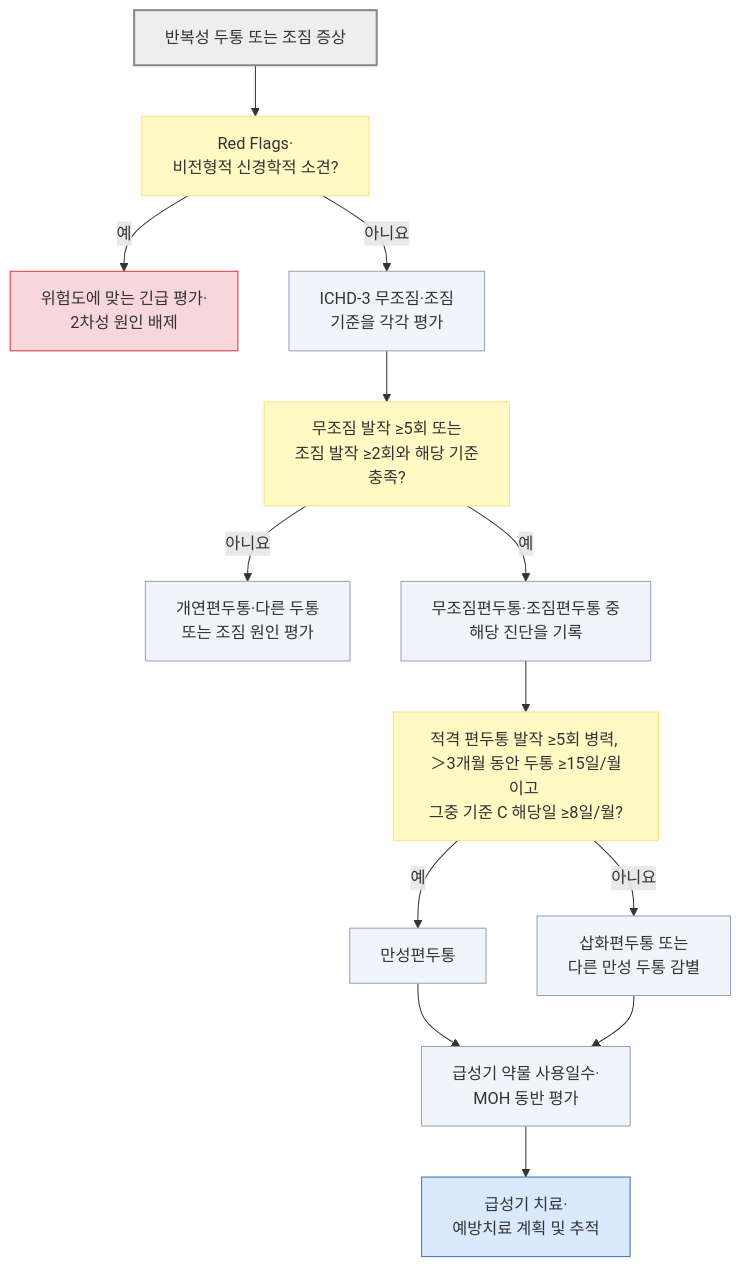
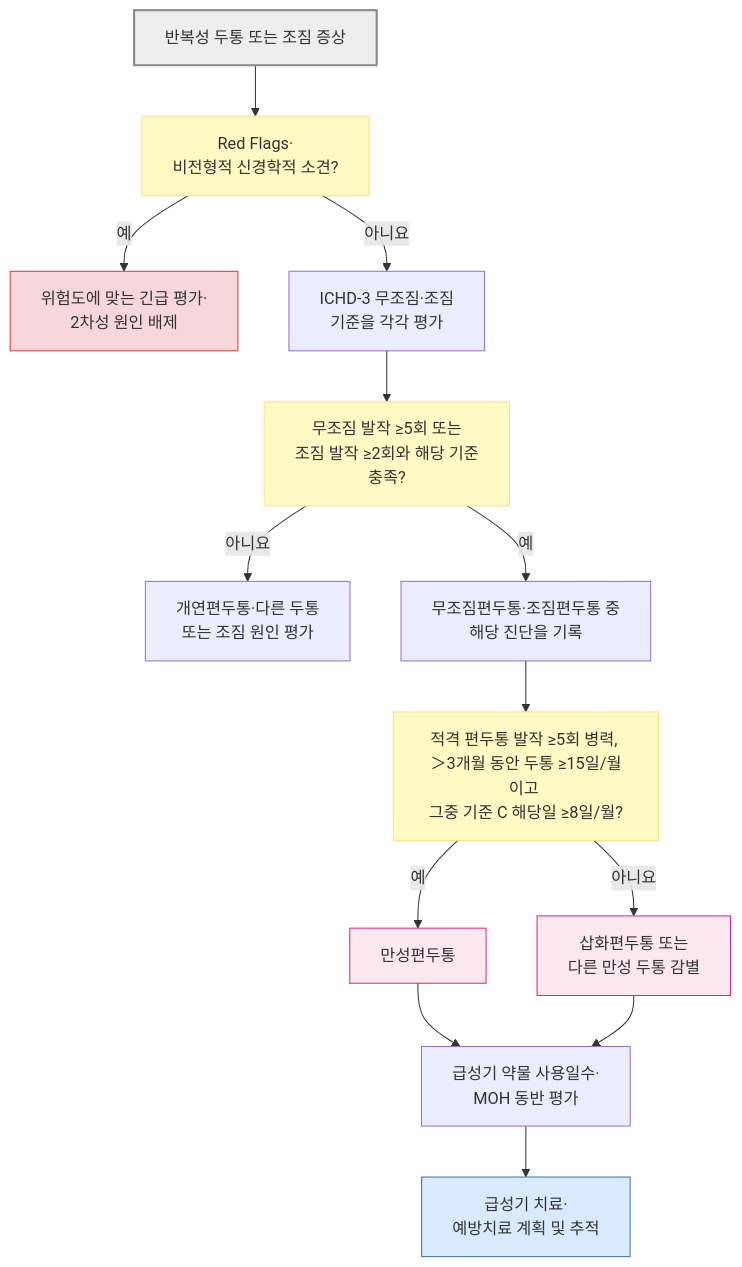
The first of 2 diagrams in 221_/016_-migraine.md (familyoh77/familyoh77), drawn with Mermaid before and after one commit. The commit also changed 4 other files, not shown here.

````diff
--- a/221_/016_-migraine.md
+++ b/221_/016_-migraine.md
@@ -177,25 +177,26 @@
 ```mermaid
 flowchart TD
     A["반복성 두통 또는 조짐 증상"] --> B["Red Flags·<br/>비전형적 신경학적 소견?"]
     B -- "예" --> C["위험도에 맞는 긴급 평가·<br/>2차성 원인 배제"]
     B -- "아니요" --> D["ICHD-3 무조짐·조짐 <br/>기준을 각각 평가"]
     D --> E["무조짐 발작 ≥5회 또는 <br/>조짐 발작 ≥2회와 해당 기준 <br/>충족?"]
     E -- "아니요" --> F["개연편두통·다른 두통 <br/>또는 조짐 원인 평가"]
     E -- "예" --> G["무조짐편두통·조짐편두통 중 <br/>해당 진단을 기록"]
     G --> H["적격 편두통 발작 ≥5회 병력, <br/>＞3개월 동안 두통 ≥15일/월이고 <br/>그중 기준 C 해당일 ≥8일/월?"]
     H -- "예" --> I["만성편두통"]
     H -- "아니요" --> J["삽화편두통 또는 <br/>다른 만성 두통 감별"]
     I --> K["급성기 약물 사용일수·<br/>MOH 동반 평가"]
     J --> K
     K --> L["급성기 치료·<br/>예방치료 계획 및 추적"]
+
 classDef start fill:#eeeeee,stroke:#888888,stroke-width:2px;
 classDef decision fill:#fff9c4,stroke:#ffe082;
 classDef emergency fill:#f8d7da,stroke:#dc3545;
-classDef assessment fill:#f1f5f9,stroke:#94a3b8;
+classDef diagnosis fill:#fde8f0,stroke:#e91e8c;
 classDef care fill:#d9eaff,stroke:#3973ac;
 class A start;
 class B,E,H decision;
 class C emergency;
-class D,F,G,I,J,K assessment;
+class I,J diagnosis;
 class L care;
 ```
````
